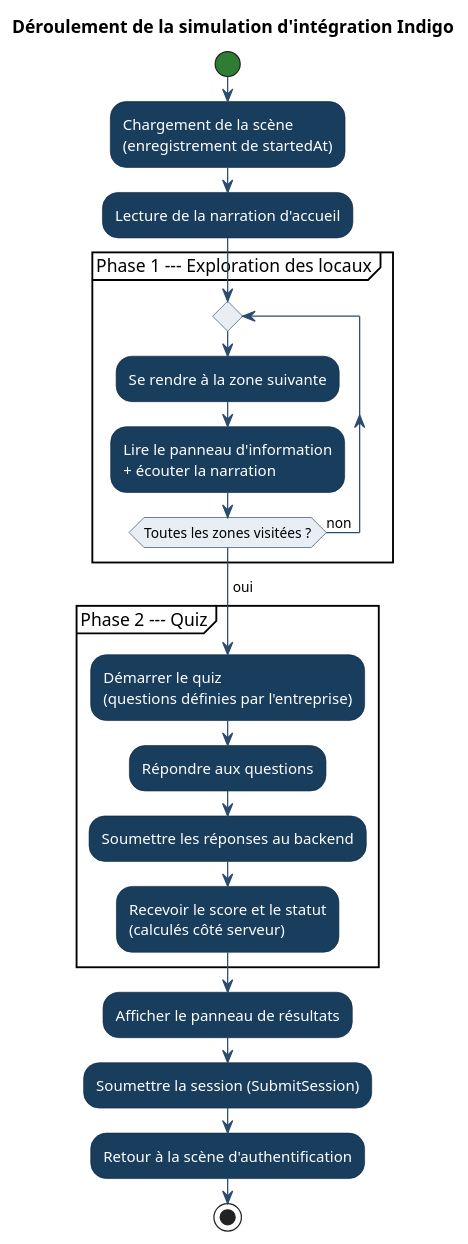
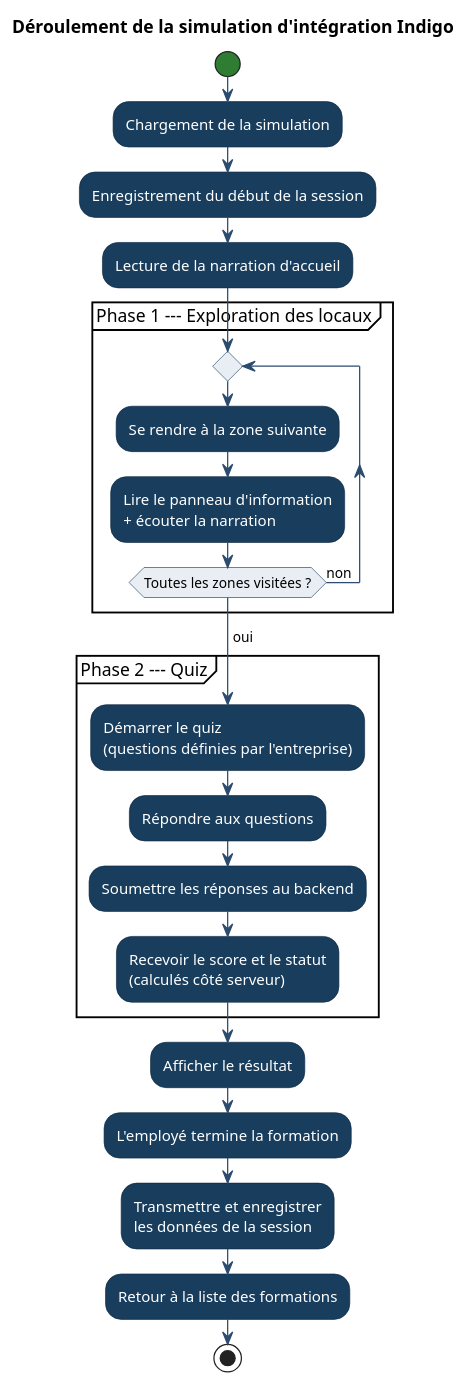
One commit to sayenjabo/TynassIt_PFE changed the diagram in PUML/activite_simulation.puml. Above: the diagram before and after it, drawn with PlantUML. The commit also changed 70 other files, not shown here.

```diff
--- a/PUML/activite_simulation.puml
+++ b/PUML/activite_simulation.puml
@@ -1,42 +1,48 @@
 @startuml Activite_simulation
 ' Diagramme d'activité --- 2 phases de la simulation Indigo
 skinparam shadowing false
 skinparam defaultFontName Helvetica
 skinparam ArrowColor #2B4B6F
 skinparam activity {
   BackgroundColor #183D5D
   FontColor #FFFFFF
   BorderColor #0E2740
   DiamondBackgroundColor #E8EEF4
   DiamondFontColor #000000
   DiamondBorderColor #183D5D
   StartColor #2E7D32
   EndColor #7A2E2E
 }
 
 title Déroulement de la simulation d'intégration Indigo
 
 start
-:Chargement de la scène\n(enregistrement de startedAt);
+:Chargement de la simulation;
+:Enregistrement du début de la session;
 :Lecture de la narration d'accueil;
 
 partition "Phase 1 --- Exploration des locaux" {
   repeat
     :Se rendre à la zone suivante;
     :Lire le panneau d'information\n+ écouter la narration;
   repeat while (Toutes les zones visitées ?) is (non)
   -> oui;
 }
 
 partition "Phase 2 --- Quiz" {
   :Démarrer le quiz\n(questions définies par l'entreprise);
   :Répondre aux questions;
   :Soumettre les réponses au backend;
   :Recevoir le score et le statut\n(calculés côté serveur);
 }
 
-:Afficher le panneau de résultats;
-:Soumettre la session (SubmitSession);
-:Retour à la scène d'authentification;
+:Afficher le résultat;
+
+:L'employé termine la formation;
+
+:Transmettre et enregistrer\nles données de la session;
+
+:Retour à la liste des formations;
+
 stop
 @enduml
```
